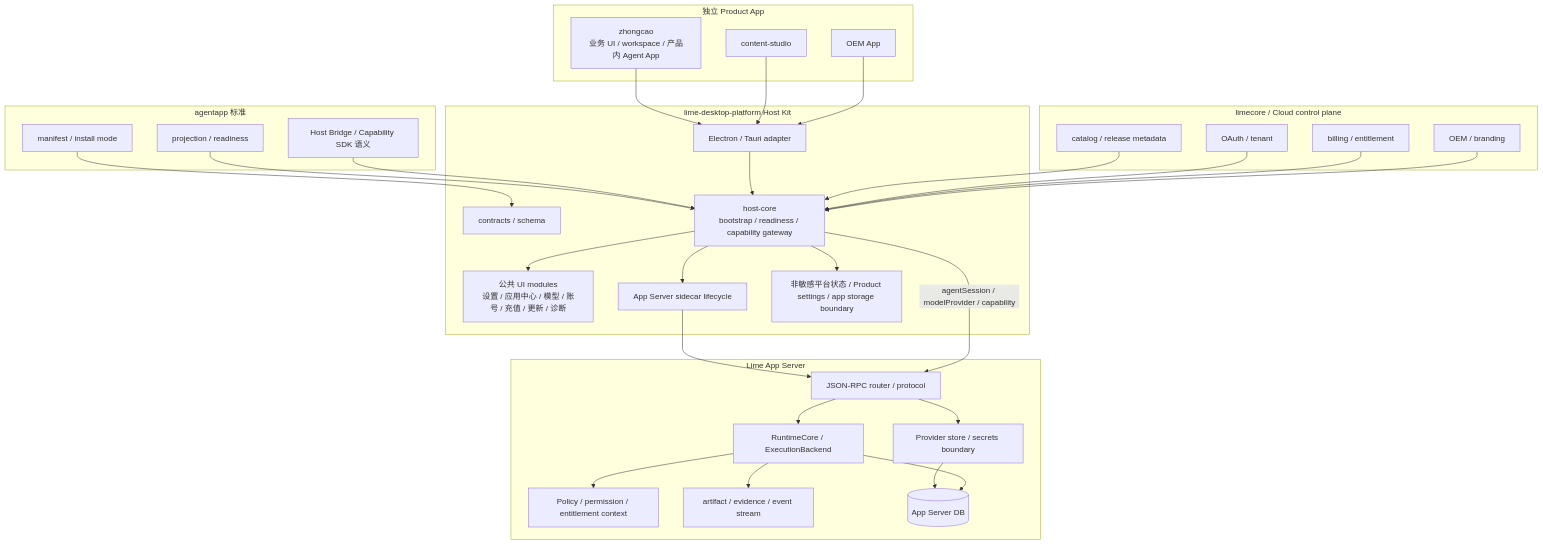
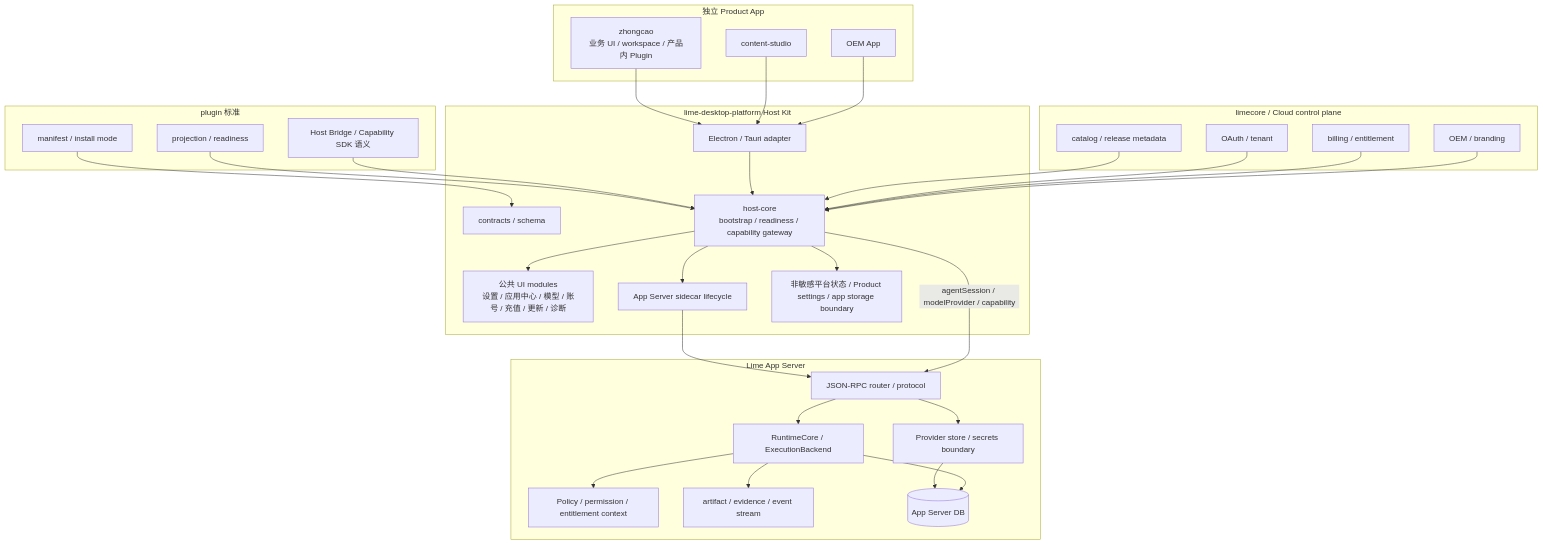
The first of 4 diagrams in internal/roadmap/appserver/desktop-platform-product-app-boundary-prd.md (jiujuan/lime), drawn with Mermaid before and after one commit. The commit also changed other lines of this file and 527 other files, not shown here.

````diff
--- a/internal/roadmap/appserver/desktop-platform-product-app-boundary-prd.md
+++ b/internal/roadmap/appserver/desktop-platform-product-app-boundary-prd.md
@@ -50,66 +50,66 @@
 ```mermaid
 flowchart TB
-  subgraph Standard[agentapp 标准]
+  subgraph Standard[plugin 标准]
     Manifest[manifest / install mode]
     Projection[projection / readiness]
     BridgeSpec[Host Bridge / Capability SDK 语义]
   end
 
   subgraph ProductApps[独立 Product App]
-    Zhongcao[zhongcao<br/>业务 UI / workspace / 产品内 Agent App]
+    Zhongcao[zhongcao<br/>业务 UI / workspace / 产品内 Plugin]
     ContentStudio[content-studio]
     OEM[OEM App]
   end
 
   subgraph Platform[lime-desktop-platform Host Kit]
     Contracts[contracts / schema]
     HostCore[host-core<br/>bootstrap / readiness / capability gateway]
     UI[公共 UI modules<br/>设置 / 应用中心 / 模型 / 账号 / 充值 / 更新 / 诊断]
     Adapter[Electron / Tauri adapter]
     Sidecar[App Server sidecar lifecycle]
     Store[非敏感平台状态 / Product settings / app storage boundary]
   end
 
   subgraph AppServer[Lime App Server]
     Rpc[JSON-RPC router / protocol]
     Runtime[RuntimeCore / ExecutionBackend]
     Provider[Provider store / secrets boundary]
     Policy[Policy / permission / entitlement context]
     Artifacts[artifact / evidence / event stream]
     DB[(App Server DB)]
   end
 
   subgraph Cloud[limecore / Cloud control plane]
     Catalog[catalog / release metadata]
     Identity[OAuth / tenant]
     Billing[billing / entitlement]
     OEMCfg[OEM / branding]
   end
 
   Manifest --> Contracts
   Projection --> HostCore
   BridgeSpec --> HostCore
 
   Zhongcao --> Adapter
   ContentStudio --> Adapter
   OEM --> Adapter
 
   Adapter --> HostCore
   HostCore --> UI
   HostCore --> Sidecar
   HostCore --> Store
 
   Sidecar --> Rpc
   HostCore -->|agentSession / modelProvider / capability| Rpc
   Rpc --> Runtime
   Rpc --> Provider
   Runtime --> Policy
   Runtime --> Artifacts
   Provider --> DB
   Runtime --> DB
 
   Catalog --> HostCore
   Identity --> HostCore
   Billing --> HostCore
   OEMCfg --> HostCore
 ```
````
